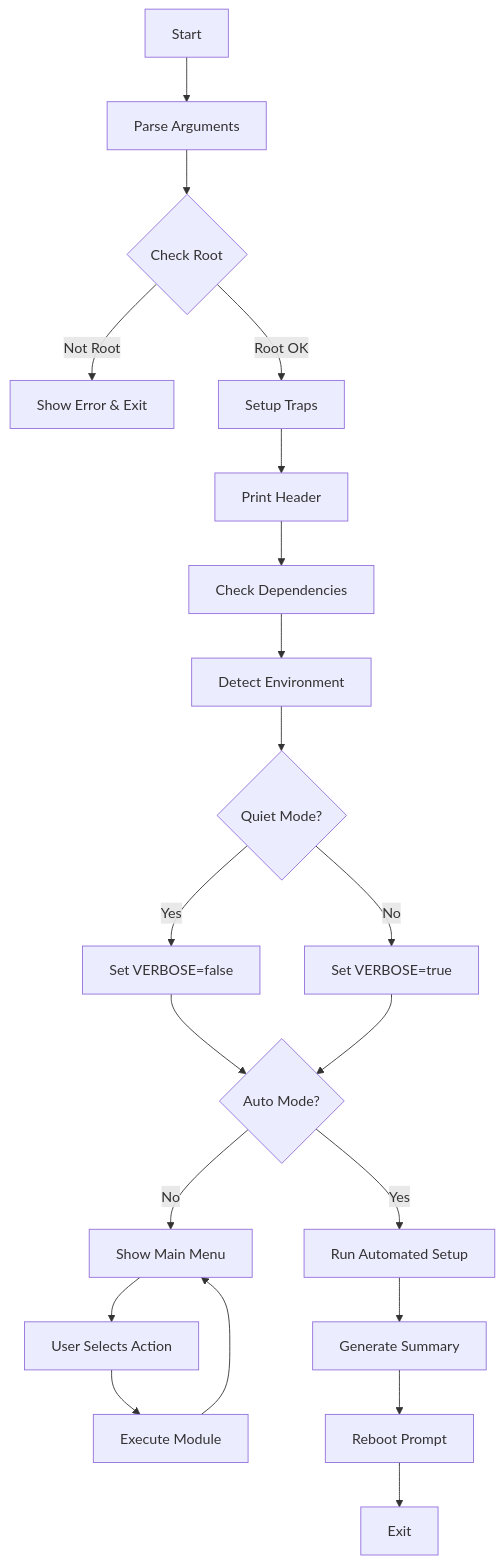
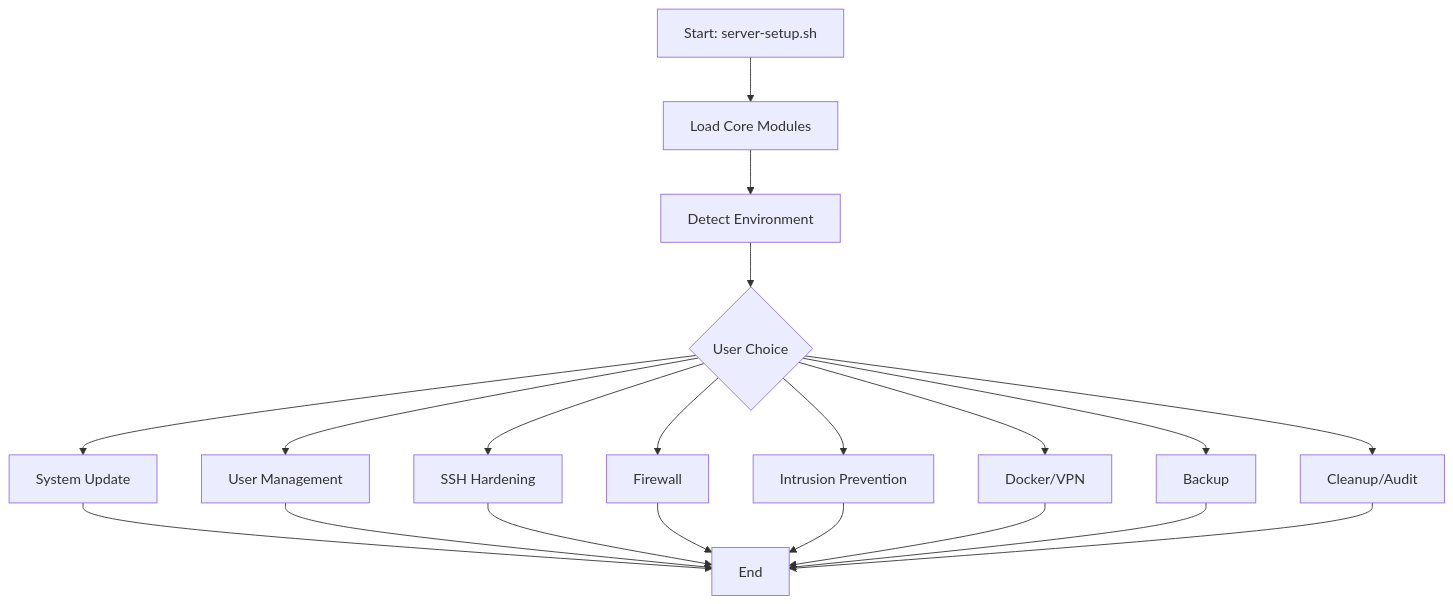
One commit to kewgenia/script changed the diagram in plans/plan.md. Above: the diagram before and after it, drawn with Mermaid. The commit also changed other lines of this file and 17 other files, not shown here.

````diff
--- a/plans/plan.md
+++ b/plans/plan.md
@@ -168,23 +99,22 @@
 ```mermaid
 flowchart TD
-    A[Start] --> B[Parse Arguments]
-    B --> C{Check Root}
-    C -->|Not Root| D[Show Error & Exit]
-    C -->|Root OK| E[Setup Traps]
-    E --> F[Print Header]
-    F --> G[Check Dependencies]
-    G --> H[Detect Environment]
-    H --> I{Quiet Mode?}
-    I -->|Yes| J[Set VERBOSE=false]
-    I -->|No| K[Set VERBOSE=true]
-    J --> L{Auto Mode?}
-    K --> L
-    L -->|Yes| M[Run Automated Setup]
-    L -->|No| N[Show Main Menu]
-    M --> O[Generate Summary]
-    N --> P[User Selects Action]
-    P --> Q[Execute Module]
-    Q --> N
-    O --> R[Reboot Prompt]
-    R --> S[Exit]
+    A[Start: server-setup.sh] --> B[Load Core Modules]
+    B --> C[Detect Environment]
+    C --> D{User Choice}
+    D --> E[System Update]
+    D --> F[User Management]
+    D --> G[SSH Hardening]
+    D --> H[Firewall]
+    D --> I[Intrusion Prevention]
+    D --> J[Docker/VPN]
+    D --> K[Backup]
+    D --> L[Cleanup/Audit]
+    E --> M[End]
+    F --> M
+    G --> M
+    H --> M
+    I --> M
+    J --> M
+    K --> M
+    L --> M
 ```
````
